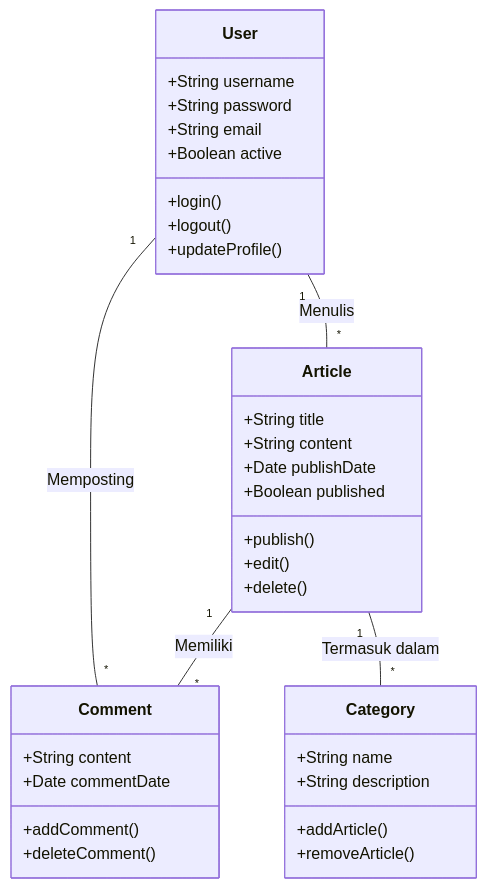
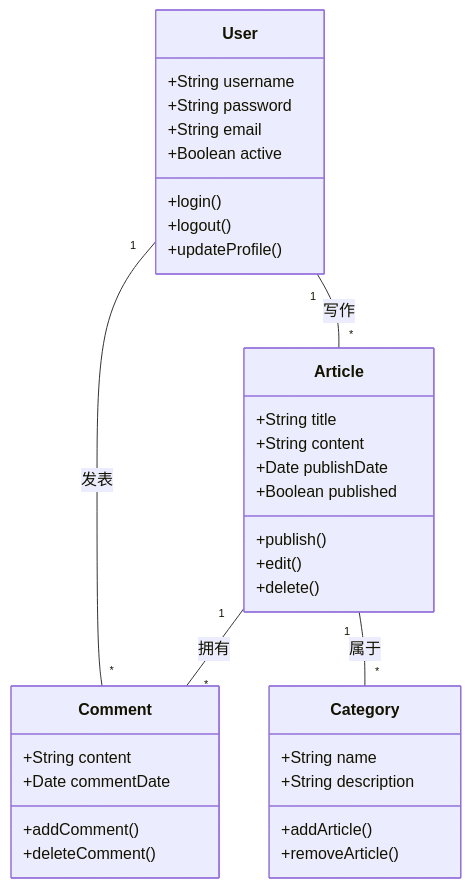
Before and after one commit to abqoryme/LightKira: the fourth of 14 diagrams in src/content/posts/markdown-mermaid.md, drawn with Mermaid. The commit also changed other lines of this file and 516 other files, not shown here.

````diff
--- a/src/content/posts/markdown-mermaid.md
+++ b/src/content/posts/markdown-mermaid.md
@@ -105,42 +116,41 @@
 ```mermaid
 classDiagram
     class User {
         +String username
         +String password
         +String email
         +Boolean active
         +login()
         +logout()
         +updateProfile()
     }
     
     class Article {
         +String title
         +String content
         +Date publishDate
         +Boolean published
         +publish()
         +edit()
         +delete()
     }
     
     class Comment {
         +String content
         +Date commentDate
         +addComment()
         +deleteComment()
     }
     
     class Category {
         +String name
         +String description
         +addArticle()
         +removeArticle()
     }
     
-    User "1" -- "*" Article : Menulis
-    User "1" -- "*" Comment : Memposting
-    Article "1" -- "*" Comment : Memiliki
-    Article "1" -- "*" Category : Termasuk dalam
-
+    User "1" -- "*" Article : 写作
+    User "1" -- "*" Comment : 发表
+    Article "1" -- "*" Comment : 拥有
+    Article "1" -- "*" Category : 属于
 ```
````
